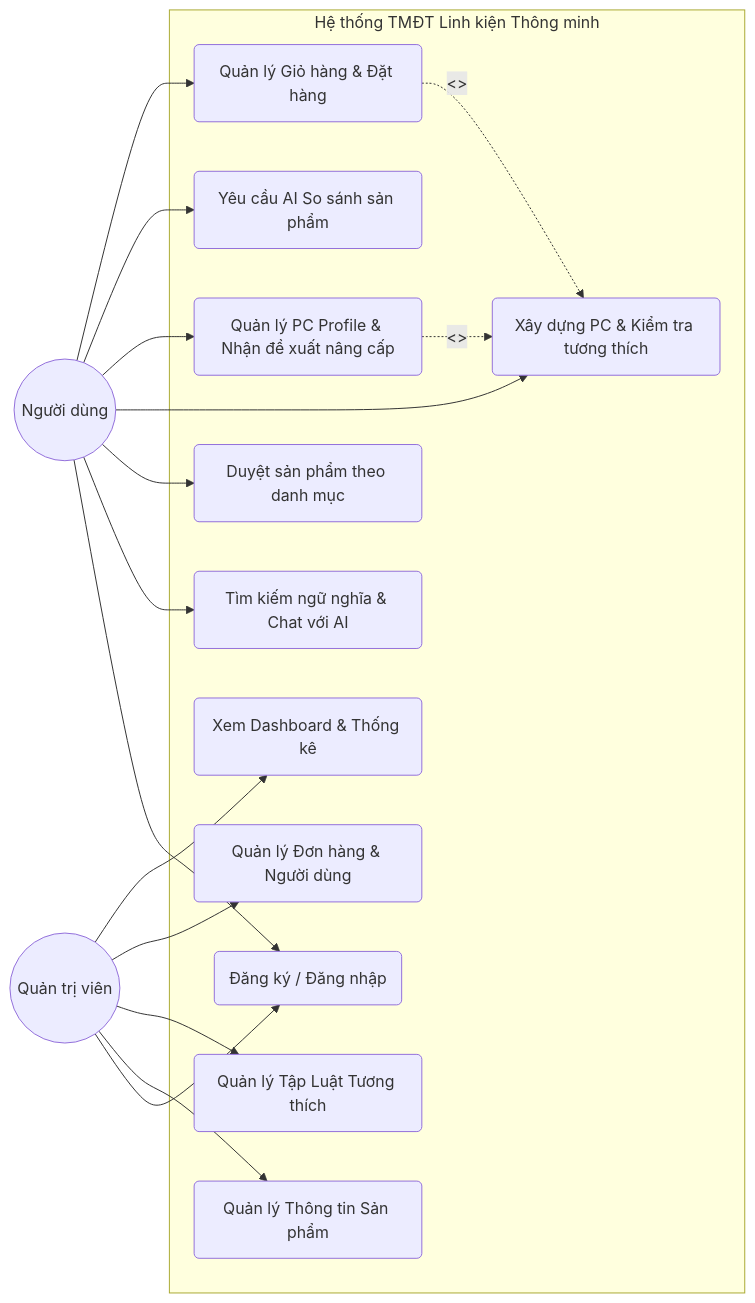
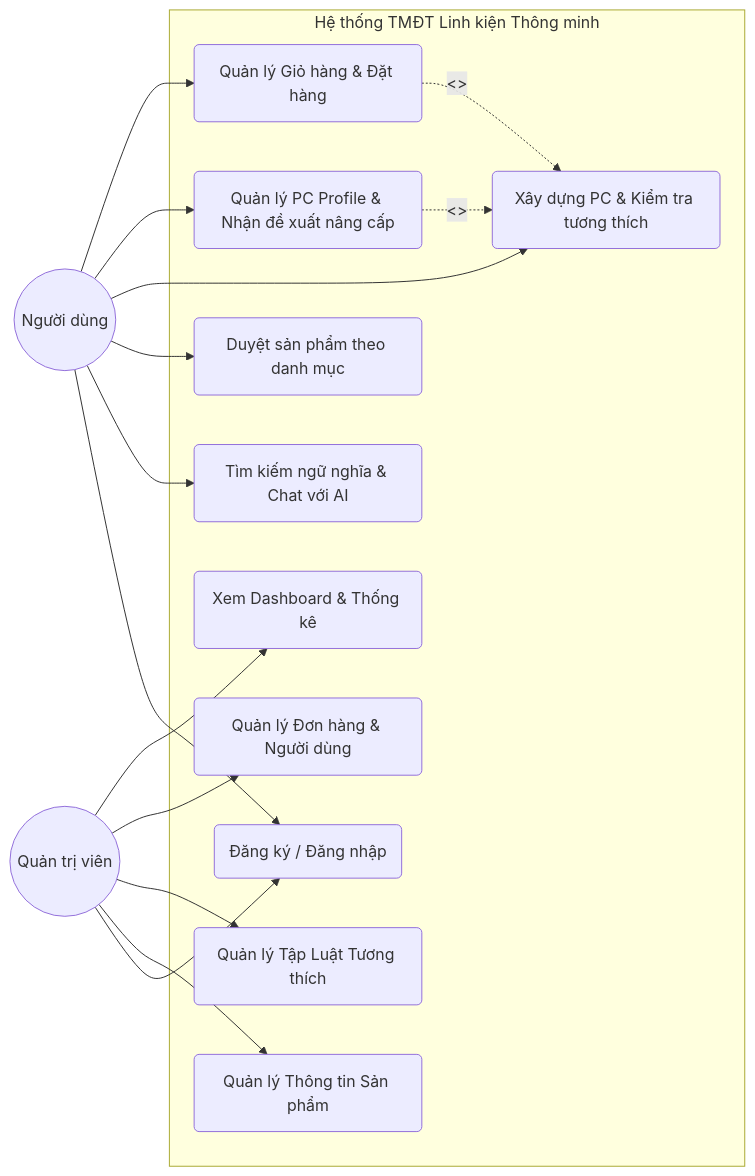
The first of 6 diagrams in prj1.md (bankientapcode-1410/project1), drawn with Mermaid before and after one commit. The commit also changed other lines of this file, not shown here.

````diff
--- a/prj1.md
+++ b/prj1.md
@@ -7,36 +7,34 @@
 ```mermaid
 flowchart LR
     User((Người dùng))
     Admin((Quản trị viên))
     
     subgraph System ["Hệ thống TMĐT Linh kiện Thông minh"]
         UC0(Đăng ký / Đăng nhập)
         UC1(Tìm kiếm ngữ nghĩa & Chat với AI)
         UC1a(Duyệt sản phẩm theo danh mục)
         UC2(Xây dựng PC & Kiểm tra tương thích)
         UC3(Quản lý PC Profile & Nhận đề xuất nâng cấp)
-        UC4(Yêu cầu AI So sánh sản phẩm)
         UC5(Quản lý Giỏ hàng & Đặt hàng)
         UC6(Quản lý Thông tin Sản phẩm)
         UC7(Quản lý Tập Luật Tương thích)
         UC8(Quản lý Đơn hàng & Người dùng)
         UC9(Xem Dashboard & Thống kê)
     end
     
     User --> UC0
     User --> UC1
     User --> UC1a
     User --> UC2
     User --> UC3
-    User --> UC4
     User --> UC5
     
     Admin --> UC0
     Admin --> UC6
     Admin --> UC7
     Admin --> UC8
     Admin --> UC9
     
     UC5 -.->|"<<include>>"| UC2
     UC3 -.->|"<<extend>>"| UC2
 ```
````
